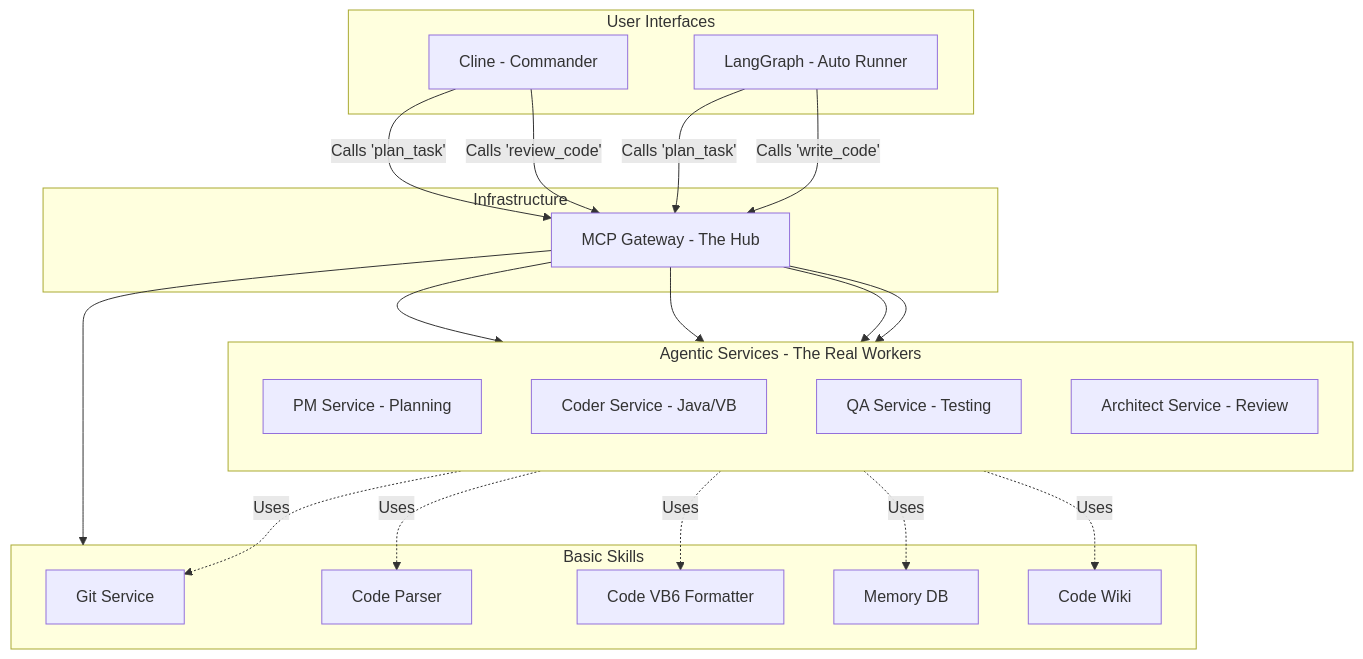
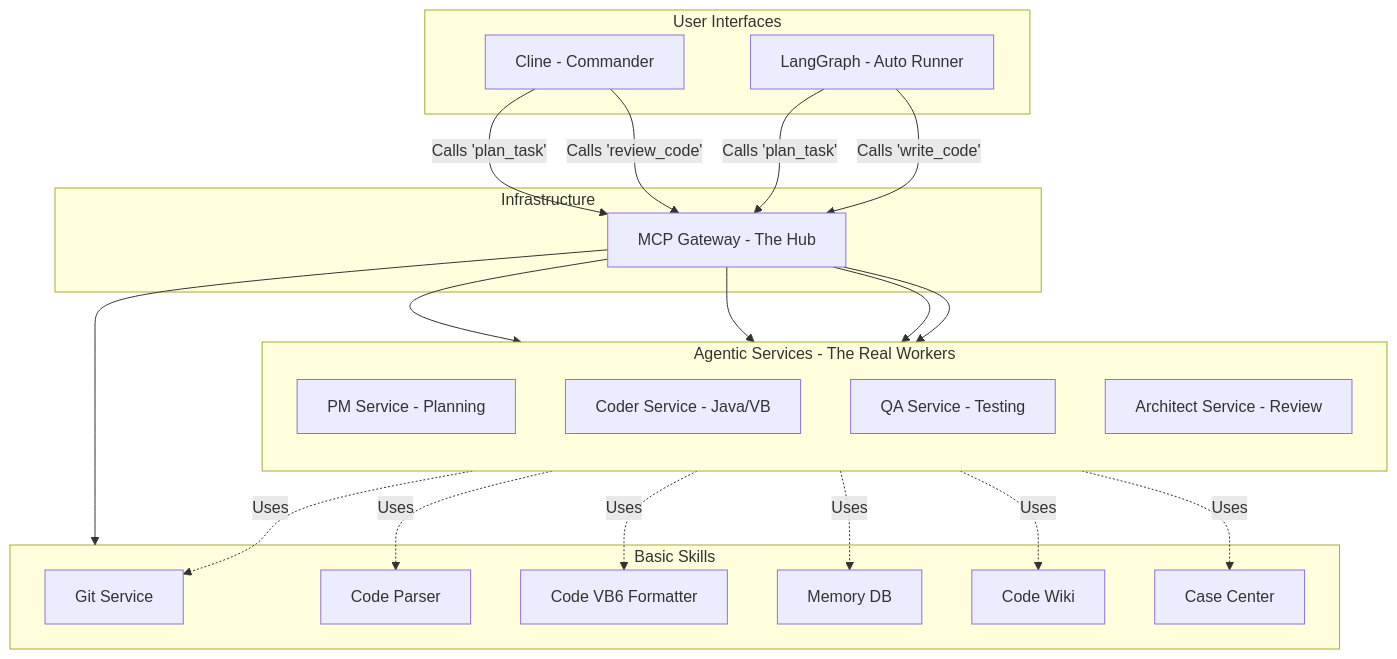
One commit to wmwang/ai_coding_agent changed the first of 2 diagrams in docs/custom_agent_design.md. Above: the diagram before and after it, drawn with Mermaid.

````diff
--- a/docs/custom_agent_design.md
+++ b/docs/custom_agent_design.md
@@ -18,49 +18,51 @@
 ```mermaid
 flowchart TD
     subgraph Users [User Interfaces]
         Cline[Cline - Commander]
         AutoScript[LangGraph - Auto Runner]
     end
 
     subgraph Router [Infrastructure]
         Gateway[MCP Gateway - The Hub]
     end
 
     subgraph Services [Agentic Services - The Real Workers]
         direction TB
         PM_Service[PM Service - Planning]
         Dev_Service[Coder Service - Java/VB]
         QA_Service[QA Service - Testing]
         Arch_Service[Architect Service - Review]
     end
 
     subgraph BasicTools [Basic Skills]
         Git[Git Service]
         Parser[Code Parser]
         Format[Code VB6 Formatter]
         DB[Memory DB]
         Wiki[Code Wiki]
+        Case[Case Center]
     end
 
     %% Cline Calls
     Cline -->|Calls 'plan_task'| Gateway
     Cline -->|Calls 'review_code'| Gateway
 
     %% LangGraph Calls
     AutoScript -->|Calls 'plan_task'| Gateway
     AutoScript -->|Calls 'write_code'| Gateway
     
     %% Gateway Routing
     Gateway --> PM_Service
     Gateway --> Dev_Service
     Gateway --> QA_Service
     Gateway --> Arch_Service
     Gateway --> BasicTools
 
     %% Services use Basic Tools
     PM_Service -.->|Uses| DB
     PM_Service -.->|Uses| Wiki
     Dev_Service -.->|Uses| Parser
     Dev_Service -.->|Uses| Format
     Dev_Service -.->|Uses| Git
+    Dev_Service -.->|Uses| Case
 ```
````
